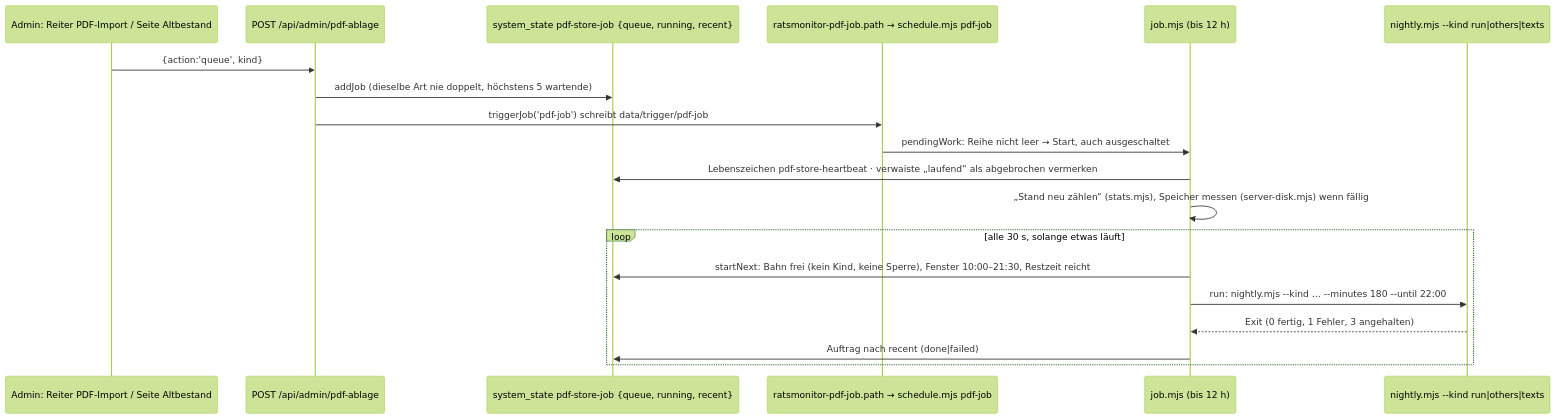
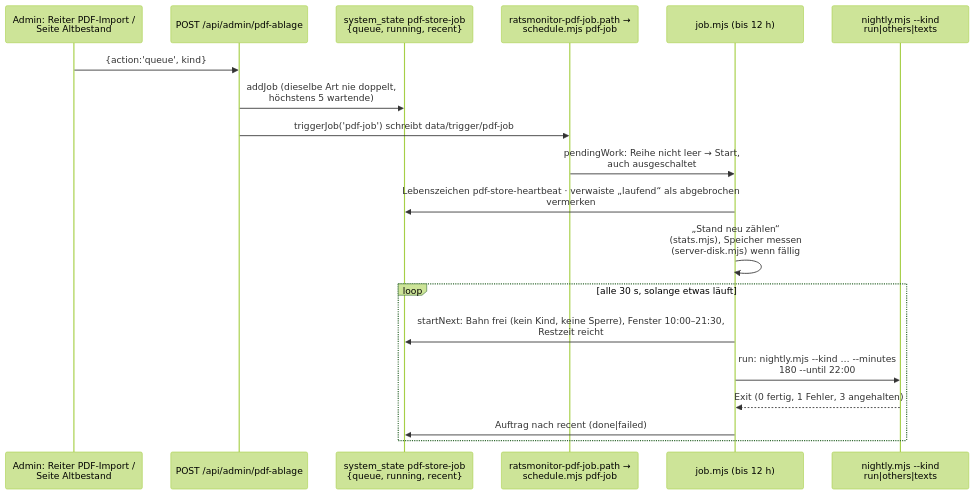
The seventh of 7 diagrams in docs/technik/pipeline.md (EsMa001/Ratsmonitor), drawn with Mermaid (forest theme) before and after one commit. The commit also changed other lines of this file and 5 other files, not shown here.

````diff
--- a/docs/technik/pipeline.md
+++ b/docs/technik/pipeline.md
@@ -495,21 +496,22 @@
 ```mermaid
+%%{init: {"sequence": {"wrap": true, "width": 240, "messageMargin": 24}}}%%
 sequenceDiagram
   participant UI as Admin: Reiter PDF-Import / Seite Altbestand
   participant API as POST /api/admin/pdf-ablage
   participant DB as system_state pdf-store-job {queue, running, recent}
   participant P as ratsmonitor-pdf-job.path → schedule.mjs pdf-job
   participant J as job.mjs (bis 12 h)
   participant N as nightly.mjs --kind run|others|texts
   UI->>API: {action:'queue', kind}
   API->>DB: addJob (dieselbe Art nie doppelt, höchstens 5 wartende)
   API->>P: triggerJob('pdf-job') schreibt data/trigger/pdf-job
   P->>J: pendingWork: Reihe nicht leer → Start, auch ausgeschaltet
   J->>DB: Lebenszeichen pdf-store-heartbeat · verwaiste „laufend“ als abgebrochen vermerken
   J->>J: „Stand neu zählen“ (stats.mjs), Speicher messen (server-disk.mjs) wenn fällig
   loop alle 30 s, solange etwas läuft
     J->>DB: startNext: Bahn frei (kein Kind, keine Sperre), Fenster 10:00–21:30, Restzeit reicht
     J->>N: run: nightly.mjs --kind … --minutes 180 --until 22:00
     N-->>J: Exit (0 fertig, 1 Fehler, 3 angehalten)
     J->>DB: Auftrag nach recent (done|failed)
   end
 ```
````
